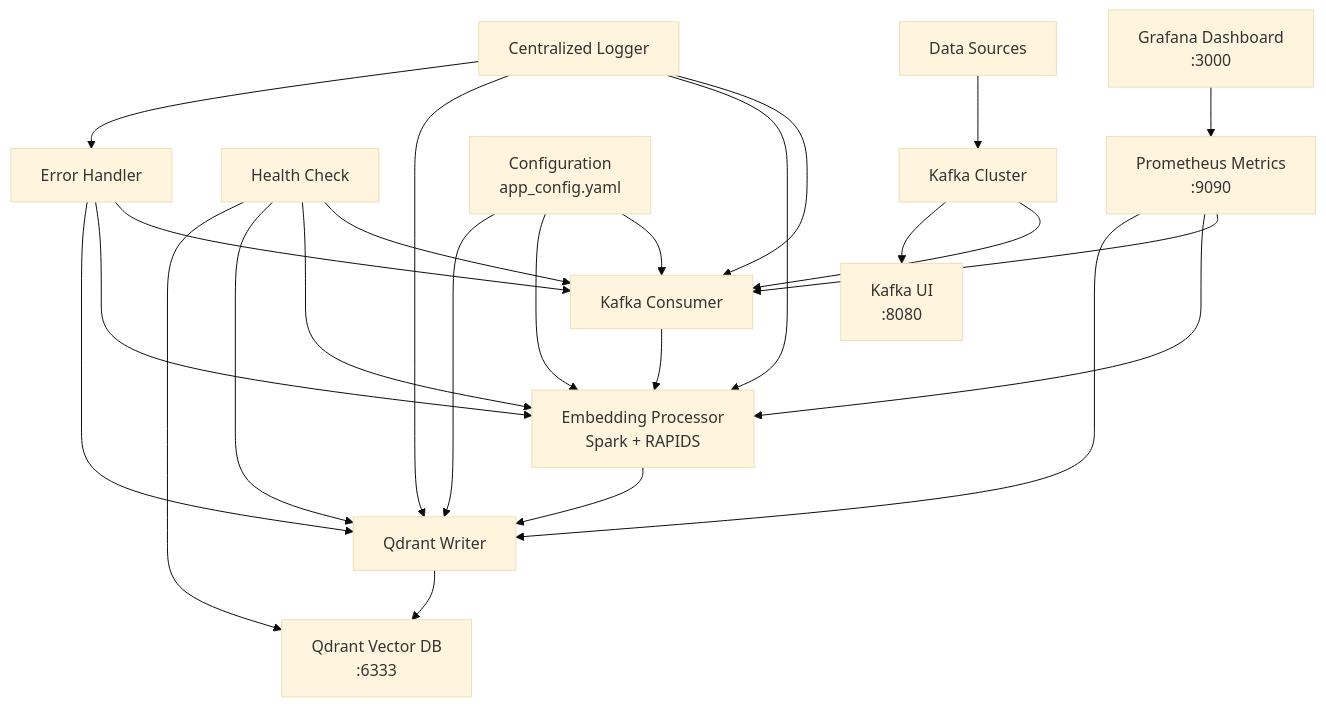
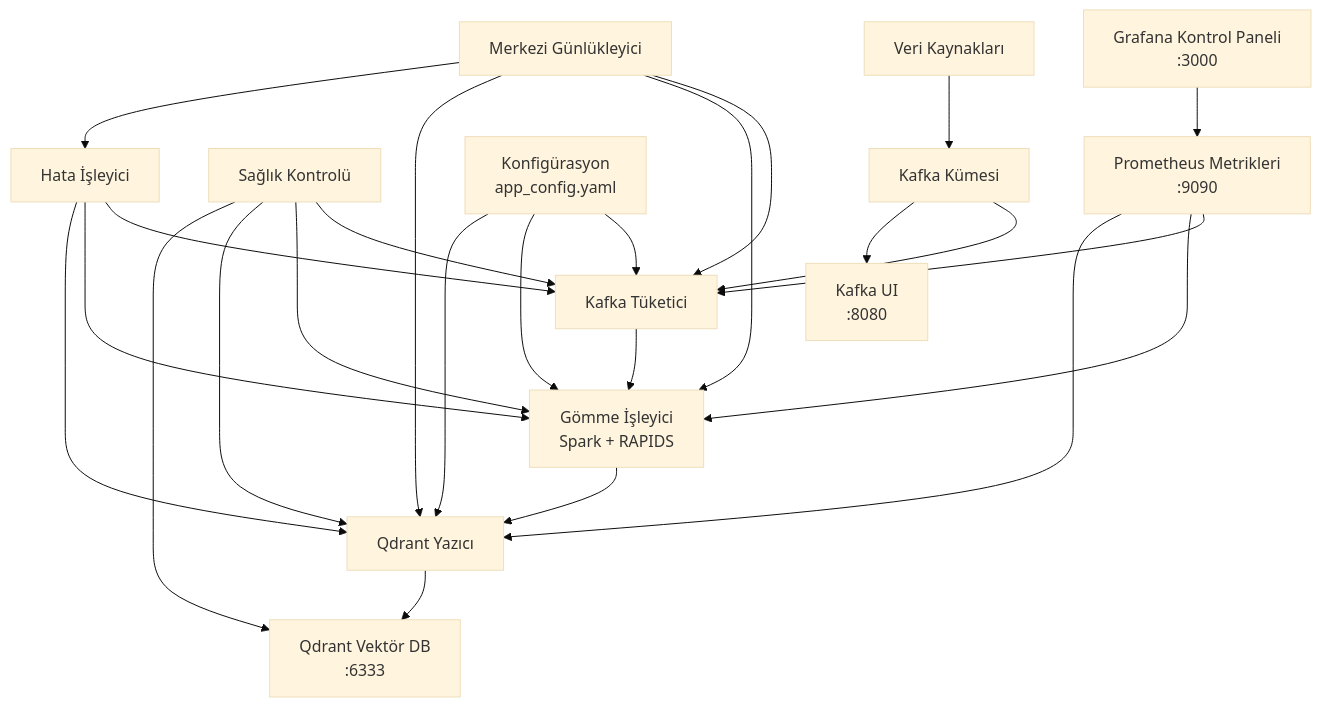
One commit to ahmetk3436/VectorStream changed the first of 2 diagrams in README.md. Above: the diagram before and after it, drawn with Mermaid (base theme). The commit also changed other lines of this file and 6 other files, not shown here.

First line of the commit message:
docs: update command instructions and architecture docs

````diff
--- a/README.md
+++ b/README.md
@@ -64,50 +60,50 @@
 ```mermaid
 graph TB
     %% External Data Sources
-    DS[Data Sources] --> K[Kafka Cluster]
+    DS[Veri Kaynakları] --> K[Kafka Kümesi]
     
     %% Kafka Layer
-    K --> KC[Kafka Consumer]
+    K --> KC[Kafka Tüketici]
     K --> KUI[Kafka UI<br/>:8080]
     
     %% Processing Layer
-    KC --> EP[Embedding Processor<br/>Spark + RAPIDS]
-    EP --> QW[Qdrant Writer]
+    KC --> EP[Gömme İşleyici<br/>Spark + RAPIDS]
+    EP --> QW[Qdrant Yazıcı]
     
     %% Storage Layer
-    QW --> Q[Qdrant Vector DB<br/>:6333]
+    QW --> Q[Qdrant Vektör DB<br/>:6333]
     
     %% Monitoring & Health
-    HC[Health Check] --> KC
+    HC[Sağlık Kontrolü] --> KC
     HC --> EP
     HC --> QW
     HC --> Q
     
-    PM[Prometheus Metrics<br/>:9090] --> KC
+    PM[Prometheus Metrikleri<br/>:9090] --> KC
     PM --> EP
     PM --> QW
     
-    G[Grafana Dashboard<br/>:3000] --> PM
+    G[Grafana Kontrol Paneli<br/>:3000] --> PM
     
     %% Configuration
-    CONFIG[Configuration<br/>app_config.yaml] --> KC
+    CONFIG[Konfigürasyon<br/>app_config.yaml] --> KC
     CONFIG --> EP
     CONFIG --> QW
     
     %% Error Handling
-    EH[Error Handler] --> KC
+    EH[Hata İşleyici] --> KC
     EH --> EP
     EH --> QW
     
     %% Logging
-    LOG[Centralized Logger] --> KC
+    LOG[Merkezi Günlükleyici] --> KC
     LOG --> EP
     LOG --> QW
     LOG --> EH
     
     class K,KC,KUI kafka
     class EP,QW processing
     class Q storage
     class HC,PM,G,LOG monitoring
     class CONFIG,EH config
 ```
````
